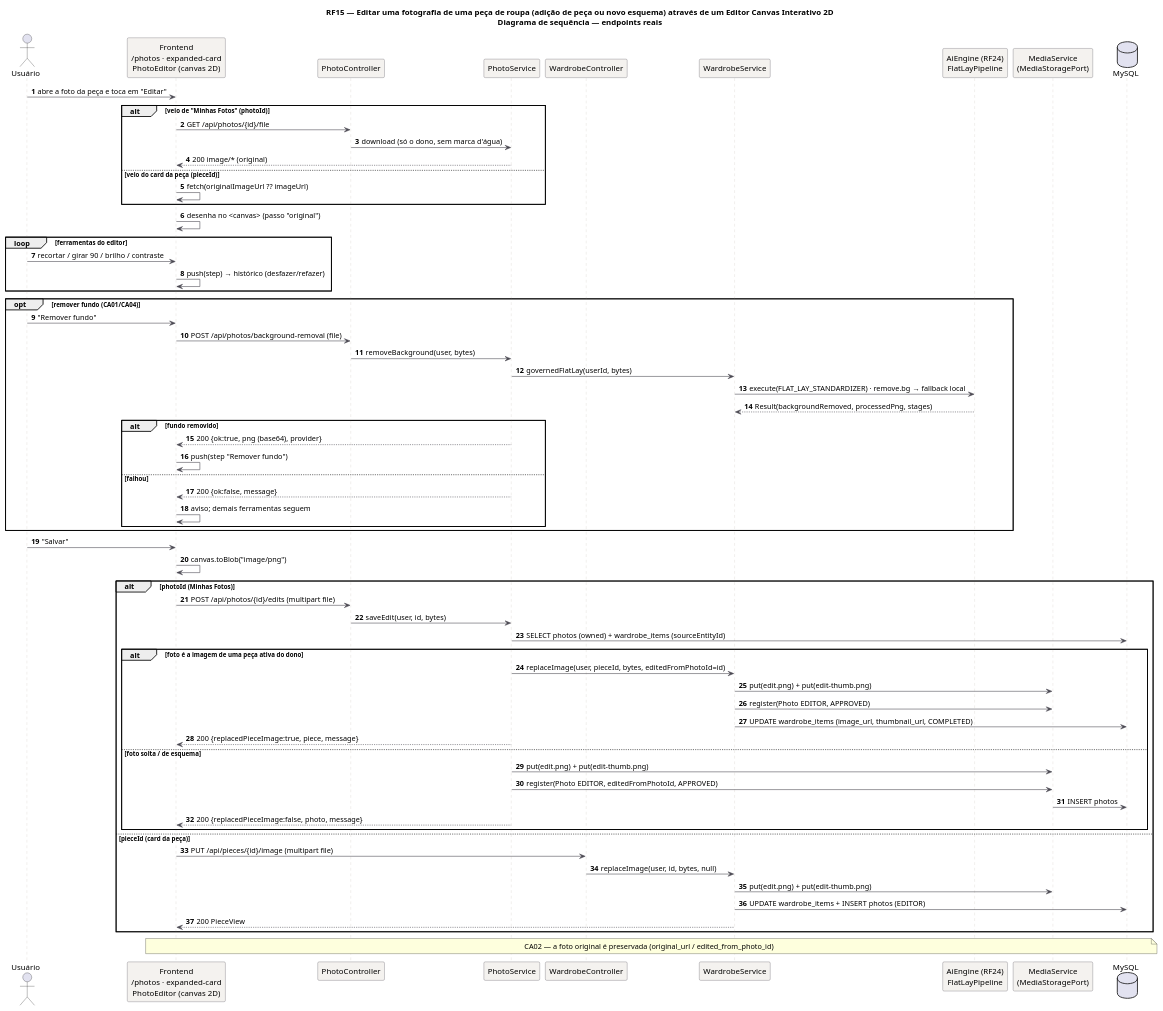
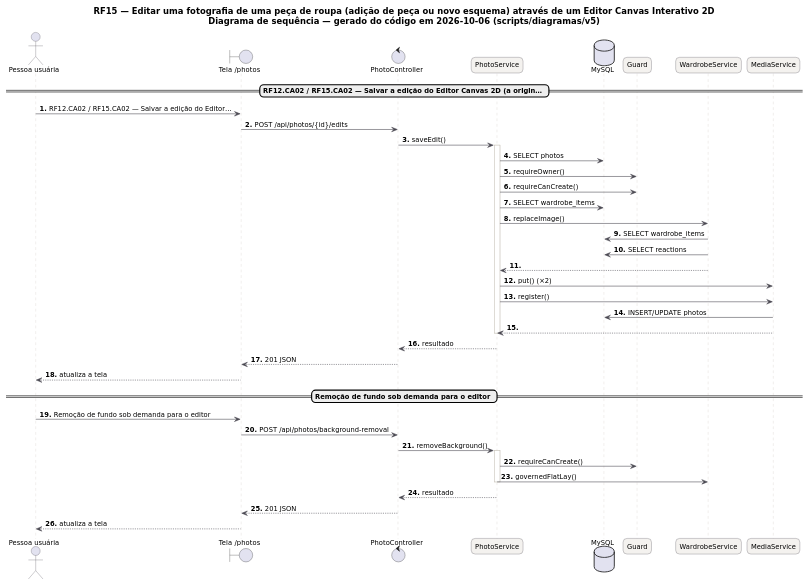
One commit to MatheusHaliski/tcc-2026-fashion-ai-backend changed the diagram in docs/diagramas/RF15/RF15-sequencia.puml. Above: the diagram before and after it, drawn with PlantUML. The commit also changed 688 other files, not shown here.

```diff
--- a/docs/diagramas/RF15/RF15-sequencia.puml
+++ b/docs/diagramas/RF15/RF15-sequencia.puml
@@ -1,74 +1,66 @@
 @startuml RF15_Sequencia
-title RF15 — Editar uma fotografia de uma peça de roupa (adição de peça ou novo esquema) através de um Editor Canvas Interativo 2D\nDiagrama de sequência — endpoints reais
 skinparam backgroundColor #FFFFFF
+skinparam shadowing false
+skinparam defaultFontName "DejaVu Sans"
+skinparam defaultFontSize 12
+skinparam titleFontSize 15
+skinparam roundcorner 14
+skinparam ArrowColor #52606D
+skinparam note {
+  BackgroundColor #FFFDEB
+  BorderColor #D8CE78
+  FontColor #554F24
+}
 skinparam sequence {
   ArrowColor #4A4852
   LifeLineBorderColor #CBC6BE
   ParticipantBackgroundColor #F4F2EF
   ParticipantBorderColor #4A4852
+  ActorBorderColor #4A4852
+  GroupBorderColor #CBC6BE
+  GroupBackgroundColor #FAF8F5
 }
-autonumber
-actor "Usuário" as U
-participant "Frontend\n/photos · expanded-card\nPhotoEditor (canvas 2D)" as FE
-participant "PhotoController" as PC
-participant "PhotoService" as PS
-participant "WardrobeController" as WC
-participant "WardrobeService" as WS
-participant "AiEngine (RF24)\nFlatLayPipeline" as AI
-participant "MediaService\n(MediaStoragePort)" as M
-database "MySQL" as DB
-U -> FE: abre a foto da peça e toca em "Editar"
-alt veio de "Minhas Fotos" (photoId)
-  FE -> PC: GET /api/photos/{id}/file
-  PC -> PS: download (só o dono, sem marca d'água)
-  PS --> FE: 200 image/* (original)
-else veio do card da peça (pieceId)
-  FE -> FE: fetch(originalImageUrl ?? imageUrl)
-end
-FE -> FE: desenha no <canvas> (passo "original")
-loop ferramentas do editor
-  U -> FE: recortar / girar 90 / brilho / contraste
-  FE -> FE: push(step) → histórico (desfazer/refazer)
-end
-opt remover fundo (CA01/CA04)
-  U -> FE: "Remover fundo"
-  FE -> PC: POST /api/photos/background-removal (file)
-  PC -> PS: removeBackground(user, bytes)
-  PS -> WS: governedFlatLay(userId, bytes)
-  WS -> AI: execute(FLAT_LAY_STANDARDIZER) · remove.bg → fallback local
-  AI --> WS: Result(backgroundRemoved, processedPng, stages)
-  alt fundo removido
-    PS --> FE: 200 {ok:true, png (base64), provider}
-    FE -> FE: push(step "Remover fundo")
-  else falhou
-    PS --> FE: 200 {ok:false, message}
-    FE -> FE: aviso; demais ferramentas seguem
-  end
-end
-U -> FE: "Salvar"
-FE -> FE: canvas.toBlob("image/png")
-alt photoId (Minhas Fotos)
-  FE -> PC: POST /api/photos/{id}/edits (multipart file)
-  PC -> PS: saveEdit(user, id, bytes)
-  PS -> DB: SELECT photos (owned) + wardrobe_items (sourceEntityId)
-  alt foto é a imagem de uma peça ativa do dono
-    PS -> WS: replaceImage(user, pieceId, bytes, editedFromPhotoId=id)
-    WS -> M: put(edit.png) + put(edit-thumb.png)
-    WS -> M: register(Photo EDITOR, APPROVED)
-    WS -> DB: UPDATE wardrobe_items (image_url, thumbnail_url, COMPLETED)
-    PS --> FE: 200 {replacedPieceImage:true, piece, message}
-  else foto solta / de esquema
-    PS -> M: put(edit.png) + put(edit-thumb.png)
-    PS -> M: register(Photo EDITOR, editedFromPhotoId, APPROVED)
-    M -> DB: INSERT photos
-    PS --> FE: 200 {replacedPieceImage:false, photo, message}
-  end
-else pieceId (card da peça)
-  FE -> WC: PUT /api/pieces/{id}/image (multipart file)
-  WC -> WS: replaceImage(user, id, bytes, null)
-  WS -> M: put(edit.png) + put(edit-thumb.png)
-  WS -> DB: UPDATE wardrobe_items + INSERT photos (EDITOR)
-  WS --> FE: 200 PieceView
-end
-note over FE, DB : CA02 — a foto original é preservada (original_url / edited_from_photo_id)
+autonumber "<b>0."
+title RF15 — Editar uma fotografia de uma peça de roupa (adição de peça ou novo esquema) através de um Editor Canvas Interativo 2D\nDiagrama de sequência — gerado do código em 2026-10-06 (scripts/diagramas/v5)
+
+actor "Pessoa usuária" as U
+boundary "Tela /photos" as P
+control "PhotoController" as PhotoController
+participant "PhotoService" as PhotoService
+database "MySQL" as DB_MySQL
+participant "Guard" as Guard
+participant "WardrobeService" as WardrobeService
+participant "MediaService" as MediaService
+== RF12.CA02 / RF15.CA02 — Salvar a edição do Editor Canvas 2D (a origin… ==
+U -> P : RF12.CA02 / RF15.CA02 — Salvar a edição do Editor…
+P -> PhotoController : POST /api/photos/{id}/edits
+PhotoController -> PhotoService : saveEdit()
+activate PhotoService
+PhotoService -> DB_MySQL : SELECT photos
+PhotoService -> Guard : requireOwner()
+PhotoService -> Guard : requireCanCreate()
+PhotoService -> DB_MySQL : SELECT wardrobe_items
+PhotoService -> WardrobeService : replaceImage()
+WardrobeService -> DB_MySQL : SELECT wardrobe_items
+WardrobeService -> DB_MySQL : SELECT reactions
+WardrobeService --> PhotoService
+PhotoService -> MediaService : put() (×2)
+PhotoService -> MediaService : register()
+MediaService -> DB_MySQL : INSERT/UPDATE photos
+MediaService --> PhotoService
+deactivate PhotoService
+PhotoService --> PhotoController : resultado
+PhotoController --> P : 201 JSON
+P --> U : atualiza a tela
+== Remoção de fundo sob demanda para o editor ==
+U -> P : Remoção de fundo sob demanda para o editor
+P -> PhotoController : POST /api/photos/background-removal
+PhotoController -> PhotoService : removeBackground()
+activate PhotoService
+PhotoService -> Guard : requireCanCreate()
+PhotoService -> WardrobeService : governedFlatLay()
+deactivate PhotoService
+PhotoService --> PhotoController : resultado
+PhotoController --> P : 201 JSON
+P --> U : atualiza a tela
 @enduml
```
